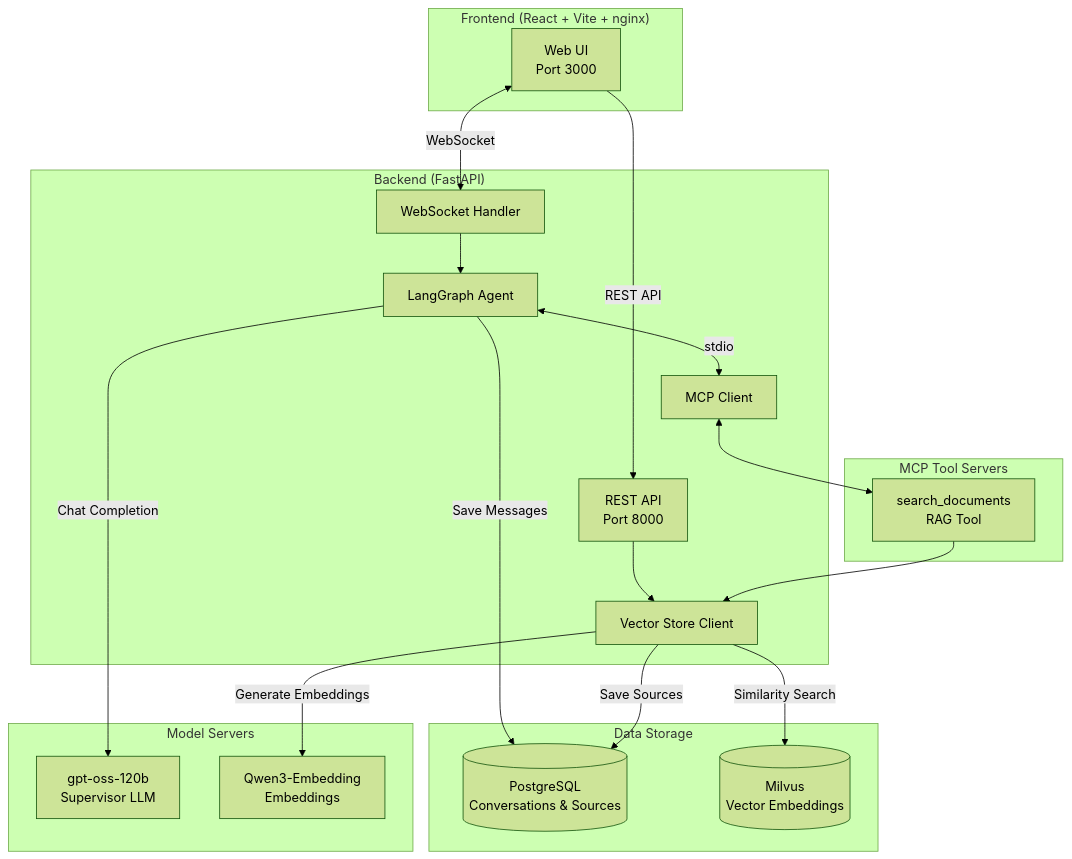
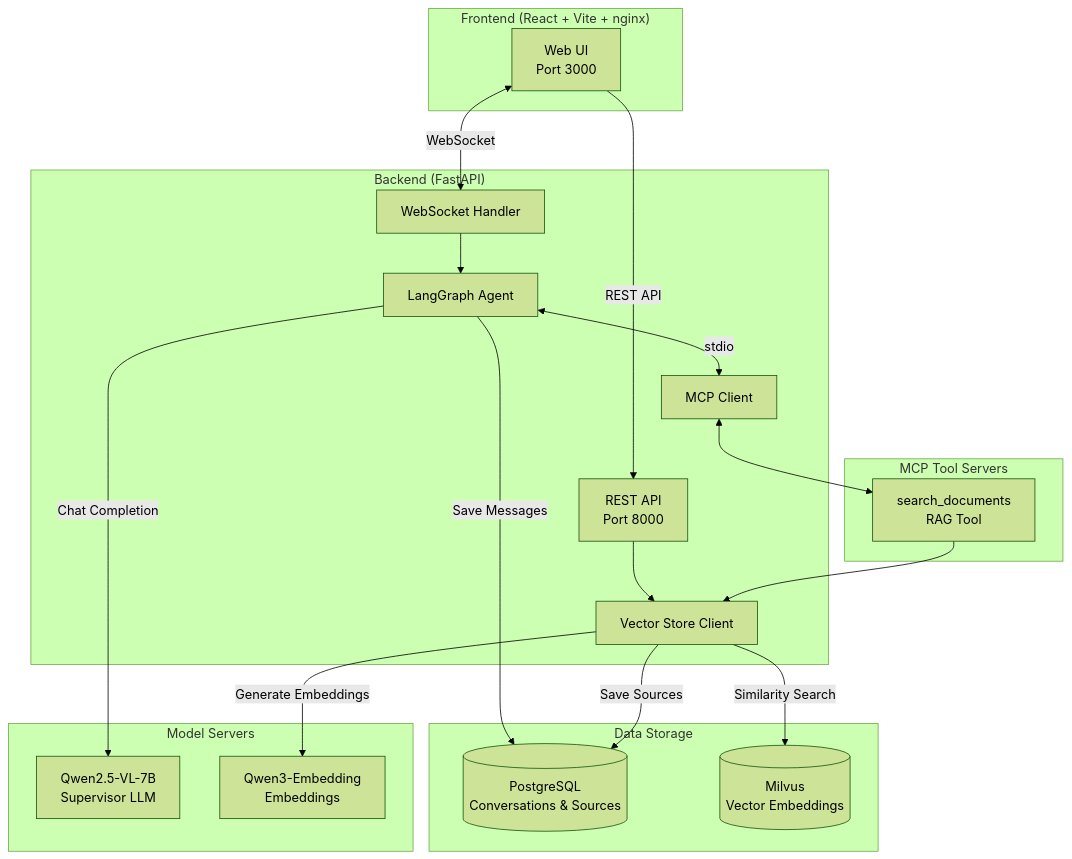
The first of 3 diagrams in README.md (devgig/rag-agent-chatbot), drawn with Mermaid (forest theme) before and after one commit. The commit also changed other lines of this file and 29 other files, not shown here.

First line of the commit message:
Remove unused files and rename gpt-oss-120b to qwen25-vl-7b

````diff
--- a/README.md
+++ b/README.md
@@ -31,45 +31,45 @@
 ```mermaid
 flowchart TB
     subgraph Frontend["Frontend (React + Vite + nginx)"]
         UI[Web UI<br/>Port 3000]
     end
 
     subgraph Backend["Backend (FastAPI)"]
         API[REST API<br/>Port 8000]
         WSHandler[WebSocket Handler]
         Agent[LangGraph Agent]
         VectorStore[Vector Store Client]
         MCPClient[MCP Client]
     end
 
     subgraph MCPServers["MCP Tool Servers"]
         RAG[search_documents<br/>RAG Tool]
     end
 
     subgraph Storage["Data Storage"]
         Postgres[(PostgreSQL<br/>Conversations & Sources)]
         Milvus[(Milvus<br/>Vector Embeddings)]
     end
 
     subgraph Models["Model Servers"]
-        LLM[gpt-oss-120b<br/>Supervisor LLM]
+        LLM[Qwen2.5-VL-7B<br/>Supervisor LLM]
         Embed[Qwen3-Embedding<br/>Embeddings]
     end
 
     UI -->|REST API| API
     UI <-->|WebSocket| WSHandler
 
     WSHandler --> Agent
     API --> VectorStore
 
     Agent <-->|stdio| MCPClient
     MCPClient <--> RAG
 
     Agent -->|Chat Completion| LLM
     RAG --> VectorStore
     VectorStore -->|Similarity Search| Milvus
     VectorStore -->|Generate Embeddings| Embed
 
     Agent -->|Save Messages| Postgres
     VectorStore -->|Save Sources| Postgres
 ```
````
